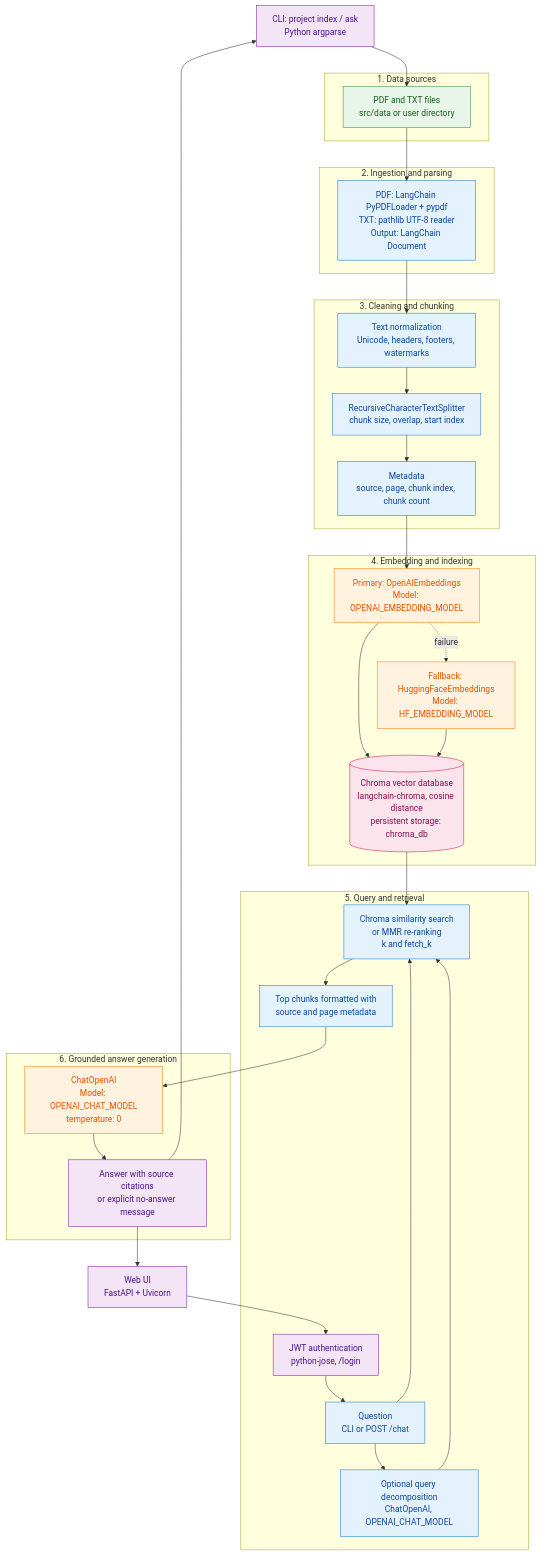
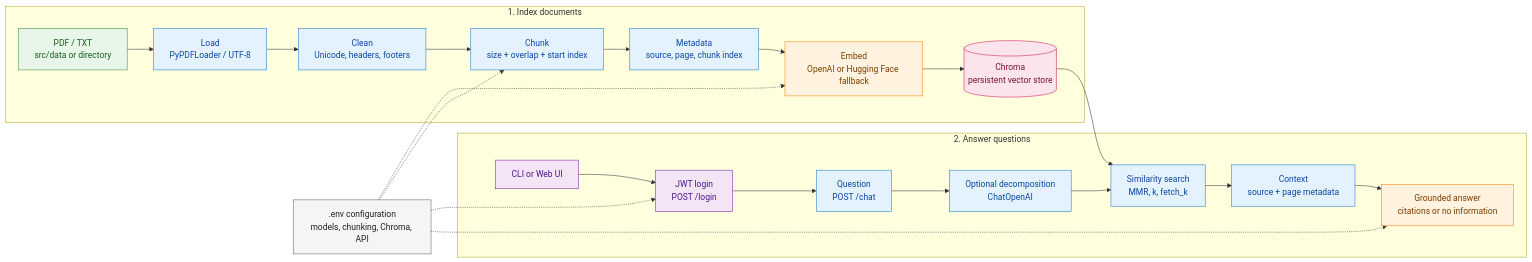
Before and after one commit to rameshnashi019/Rag_Project: the diagram in README.md, drawn with Mermaid.

Commit message:
Simplify architecture diagram

````diff
--- a/README.md
+++ b/README.md
@@ -41,64 +41,40 @@
 ```mermaid
-flowchart TB
+flowchart LR
 	classDef source fill:#e8f5e9,stroke:#388e3c,color:#1b5e20
 	classDef process fill:#e3f2fd,stroke:#1976d2,color:#0d47a1
-	classDef model fill:#fff3e0,stroke:#f57c00,color:#e65100
-	classDef storage fill:#fce4ec,stroke:#c2185b,color:#880e4f
+	classDef model fill:#fff3e0,stroke:#f57c00,color:#7a3e00
+	classDef storage fill:#fce4ec,stroke:#c2185b,color:#7a1237
 	classDef api fill:#f3e5f5,stroke:#7b1fa2,color:#4a148c
+	classDef config fill:#f5f5f5,stroke:#616161,color:#212121
 
-	CLI[CLI: project index / ask<br/>Python argparse] --> INPUT
-	WEB[Web UI<br/>FastAPI + Uvicorn] --> AUTH
-
-	subgraph S1[1. Data sources]
-		INPUT[PDF and TXT files<br/>src/data or user directory]
+	subgraph INDEX[1. Index documents]
+		docs[PDF / TXT<br/>src/data or directory] --> load[Load<br/>PyPDFLoader / UTF-8]
+		load --> clean[Clean<br/>Unicode, headers, footers]
+		clean --> chunk[Chunk<br/>size + overlap + start index]
+		chunk --> meta[Metadata<br/>source, page, chunk index]
+		meta --> embed[Embed<br/>OpenAI or Hugging Face fallback]
+		embed --> db[(Chroma<br/>persistent vector store)]
 	end
 
-	subgraph S2[2. Ingestion and parsing]
-		LOAD[PDF: LangChain PyPDFLoader + pypdf<br/>TXT: pathlib UTF-8 reader<br/>Output: LangChain Document]
+	subgraph ASK[2. Answer questions]
+		client[CLI or Web UI] --> auth[JWT login<br/>POST /login]
+		auth --> question[Question<br/>POST /chat]
+		question --> query[Optional decomposition<br/>ChatOpenAI]
+		query --> search[Similarity search<br/>MMR, k, fetch_k]
+		search --> context[Context<br/>source + page metadata]
+		context --> answer[Grounded answer<br/>citations or no information]
 	end
 
-	subgraph S3[3. Cleaning and chunking]
-		CLEAN[Text normalization<br/>Unicode, headers, footers, watermarks]
-		CHUNK[RecursiveCharacterTextSplitter<br/>chunk size, overlap, start index]
-		META[Metadata<br/>source, page, chunk index, chunk count]
-		CLEAN --> CHUNK --> META
-	end
+	config[.env configuration<br/>models, chunking, Chroma, API] -.-> embed
+	config -.-> chunk
+	config -.-> auth
+	config -.-> answer
+	db --> search
 
-	subgraph S4[4. Embedding and indexing]
-		EMBED[Primary: OpenAIEmbeddings<br/>Model: OPENAI_EMBEDDING_MODEL]
-		FALLBACK[Fallback: HuggingFaceEmbeddings<br/>Model: HF_EMBEDDING_MODEL]
-		DB[(Chroma vector database<br/>langchain-chroma, cosine distance<br/>persistent storage: chroma_db)]
-		EMBED -. failure .-> FALLBACK
-		EMBED --> DB
-		FALLBACK --> DB
-	end
-
-	subgraph S5[5. Query and retrieval]
-		AUTH[JWT authentication<br/>python-jose, /login]
-		QUESTION[Question<br/>CLI or POST /chat]
-		DECOMPOSE[Optional query decomposition<br/>ChatOpenAI, OPENAI_CHAT_MODEL]
-		SEARCH[Chroma similarity search<br/>or MMR re-ranking<br/>k and fetch_k]
-		CONTEXT[Top chunks formatted with<br/>source and page metadata]
-		AUTH --> QUESTION --> DECOMPOSE --> SEARCH --> CONTEXT
-		QUESTION --> SEARCH
-	end
-
-	subgraph S6[6. Grounded answer generation]
-		LLM[ChatOpenAI<br/>Model: OPENAI_CHAT_MODEL<br/>temperature: 0]
-		RESPONSE[Answer with source citations<br/>or explicit no-answer message]
-		LLM --> RESPONSE
-	end
-
-	INPUT --> LOAD --> CLEAN
-	META --> EMBED
-	DB --> SEARCH
-	CONTEXT --> LLM
-	RESPONSE --> WEB
-	RESPONSE --> CLI
-
-	class INPUT source
-	class LOAD,CLEAN,CHUNK,META,QUESTION,DECOMPOSE,SEARCH,CONTEXT process
-	class EMBED,FALLBACK,LLM model
-	class DB storage
-	class CLI,WEB,AUTH,RESPONSE api
+	class docs source
+	class load,clean,chunk,meta,question,query,search,context process
+	class embed,answer model
+	class db storage
+	class client,auth api
+	class config config
 ```
````
